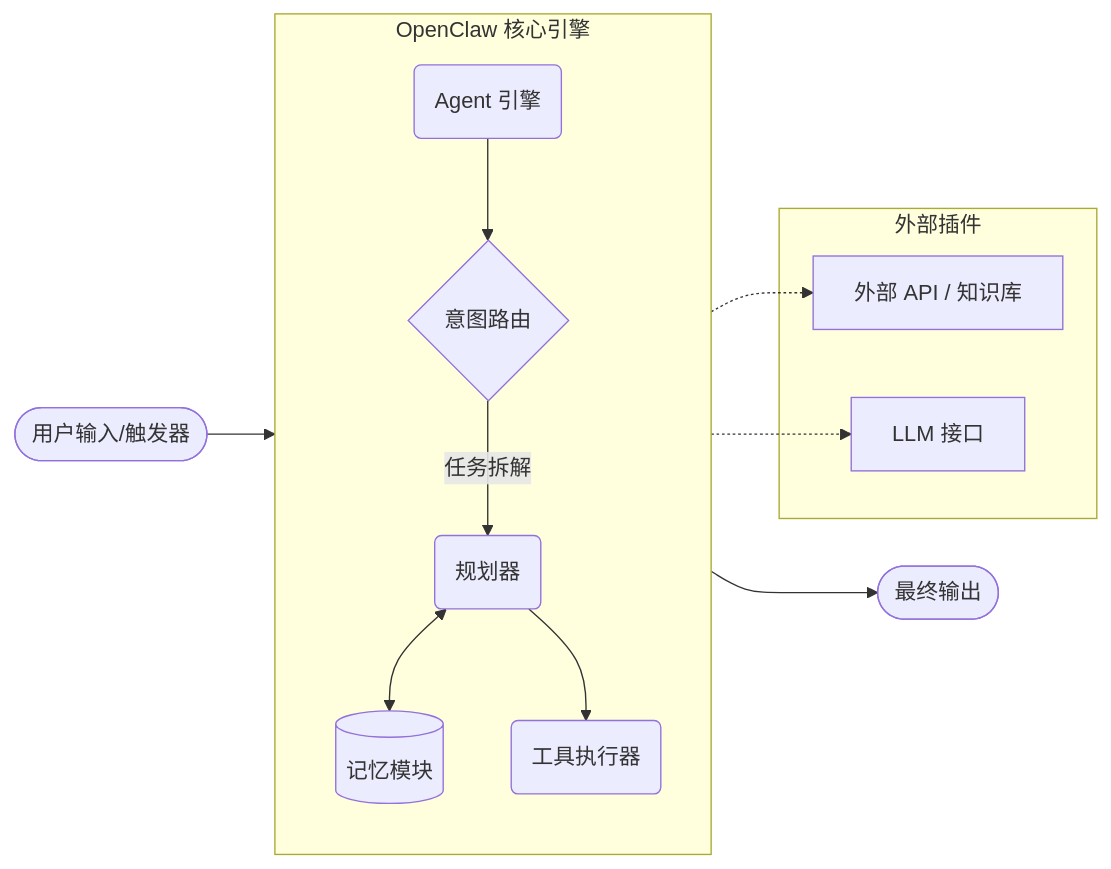
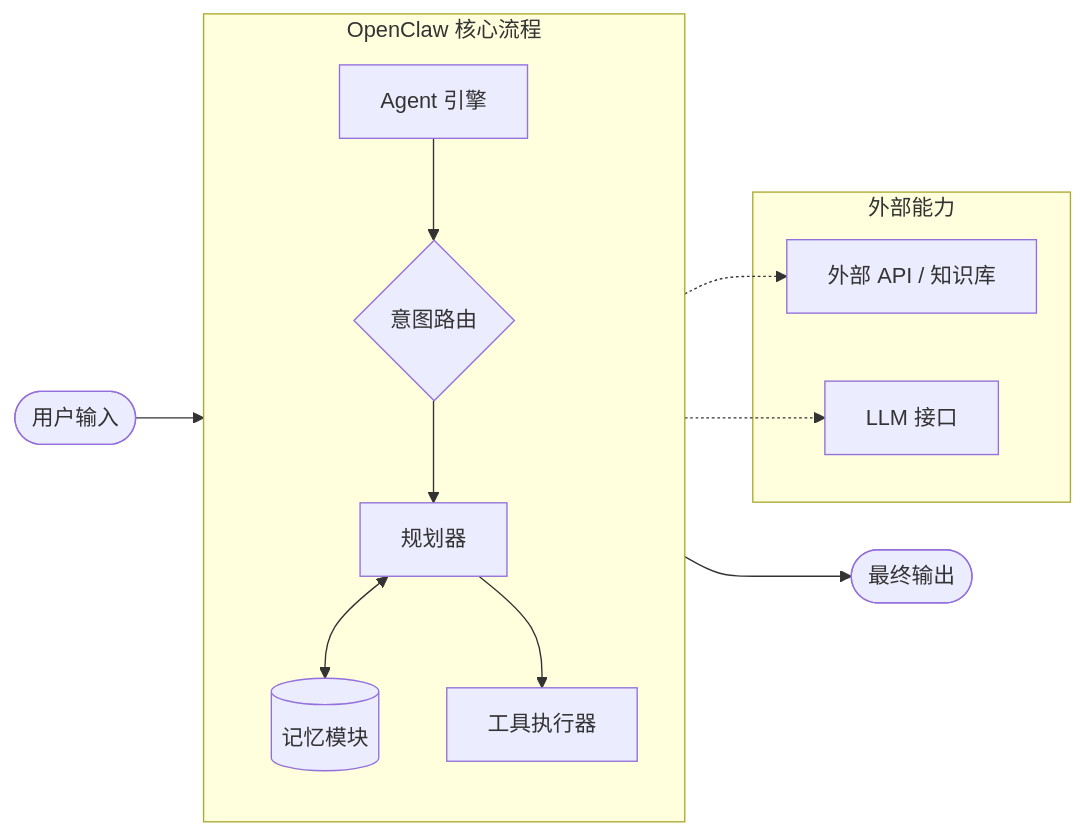
One commit to alison2fun/tech-docs-portfolio changed the diagram in docs/04-openclaw-quickstart.md. Above: the diagram before and after it, drawn with Mermaid. The commit also changed other lines of this file and 41 other files, not shown here.

````diff
--- a/docs/04-openclaw-quickstart.md
+++ b/docs/04-openclaw-quickstart.md
@@ -15,19 +217,19 @@
 ```mermaid
 flowchart LR
-    User([用户输入/触发器]) --> Engine
+    User([用户输入]) --> Engine
 
-    subgraph OpenClaw 核心引擎
+    subgraph OpenClaw 核心流程
         direction TB
-        Engine(Agent 引擎) --> Router{意图路由}
-        Router --> |任务拆解| Planner(规划器)
+        Engine[Agent 引擎] --> Router{意图路由}
+        Router --> Planner[规划器]
         Planner <--> Memory[(记忆模块)]
-        Planner --> Executor(工具执行器)
+        Planner --> Executor[工具执行器]
     end
 
-    subgraph 外部插件
+    subgraph 外部能力
         Executor -.-> API[外部 API / 知识库]
         Executor -.-> LLM[LLM 接口]
     end
 
     Executor --> Output([最终输出])
 ```
````
